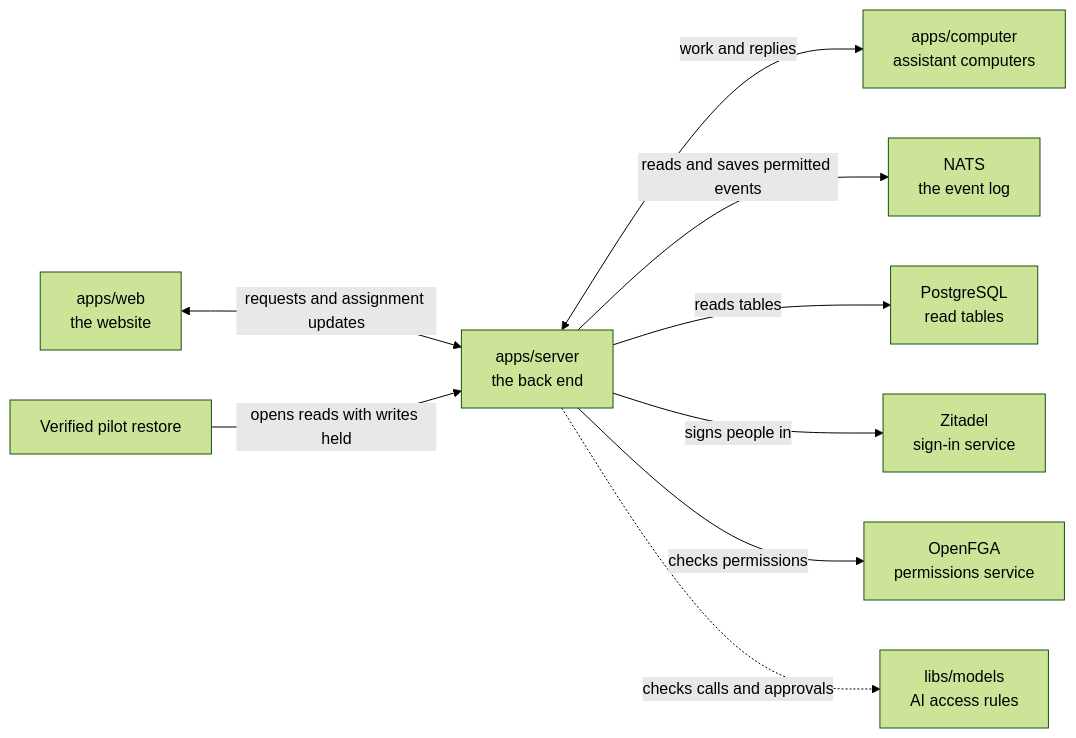
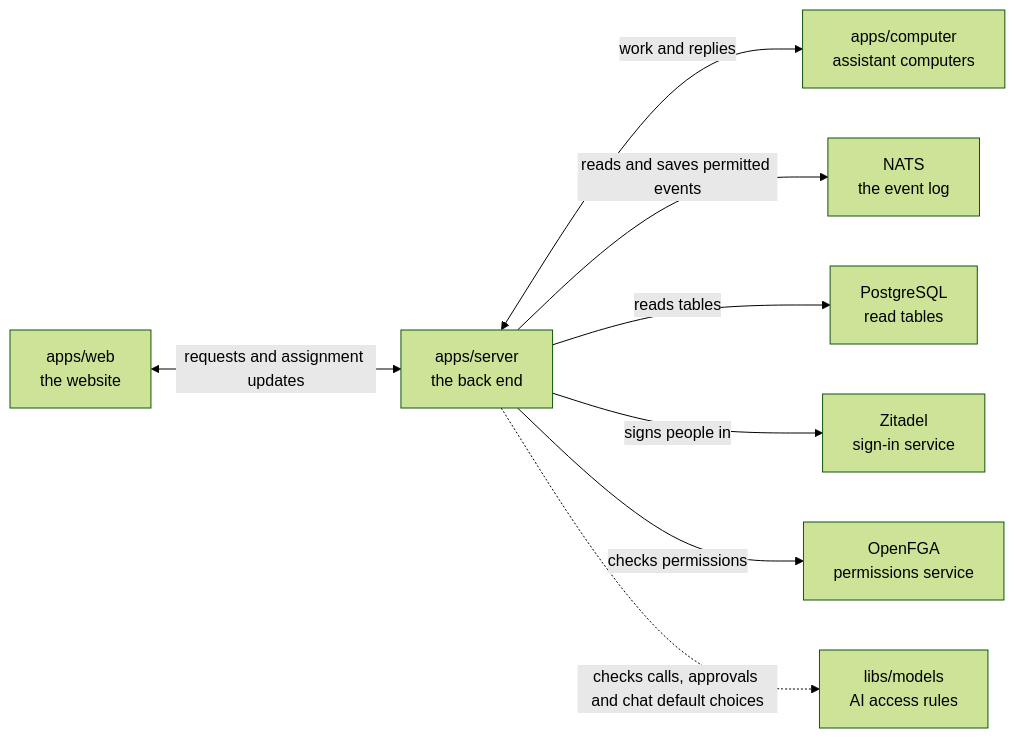
The diagram in apps/server/README.md (elewa-git/opencrane-new), drawn with Mermaid (forest theme) before and after one commit. The commit also changed other lines of this file and 42 other files, not shown here.

First line of the commit message:
🐛 Let admins choose the chat default on any ready connection (#1192)

````diff
--- a/apps/server/README.md
+++ b/apps/server/README.md
@@ -19,11 +19,10 @@
 ```mermaid
 flowchart LR
   web["apps/web<br/>the website"] <-->|requests and assignment updates| server["apps/server<br/>the back end"]
   server <-->|work and replies| computer["apps/computer<br/>assistant computers"]
   server -->|reads and saves permitted events| nats["NATS<br/>the event log"]
   server -->|reads tables| postgres["PostgreSQL<br/>read tables"]
   server -->|signs people in| zitadel["Zitadel<br/>sign-in service"]
   server -->|checks permissions| openfga["OpenFGA<br/>permissions service"]
-  restore["Verified pilot restore"] -->|opens reads with writes held| server
-  server -.->|checks calls and approvals| models["libs/models<br/>AI access rules"]
+  server -.->|checks calls, approvals and chat default choices| models["libs/models<br/>AI access rules"]
 ```
````
